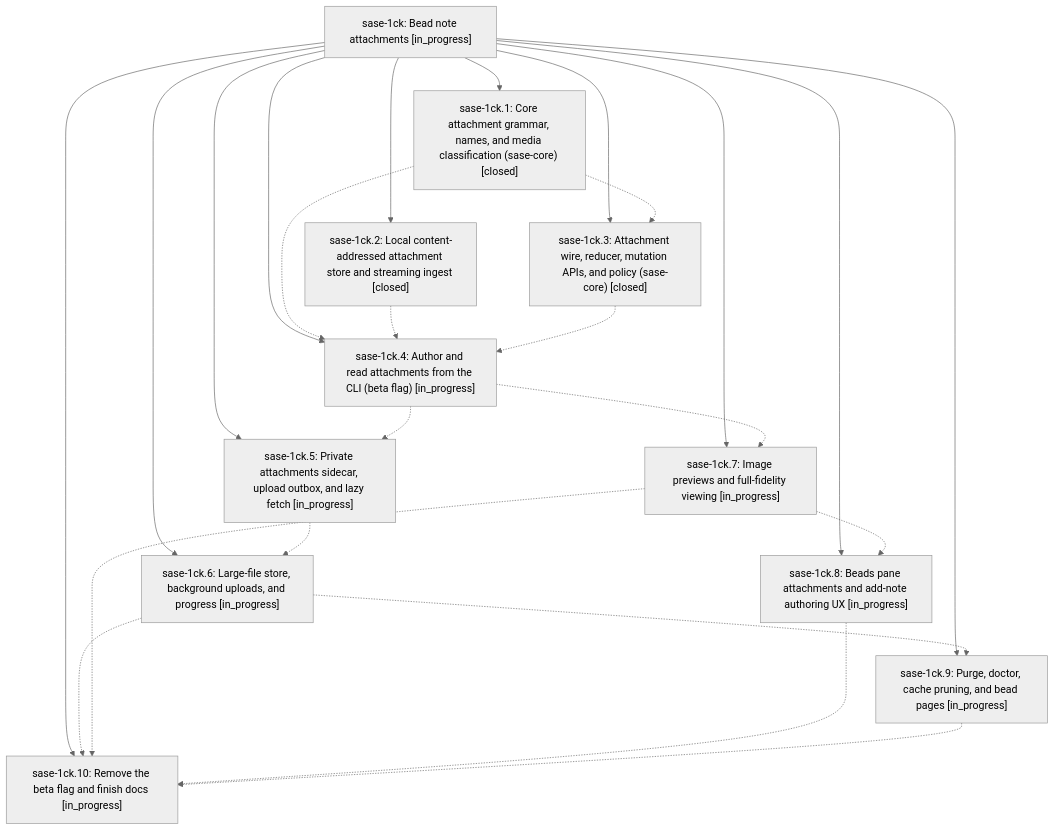
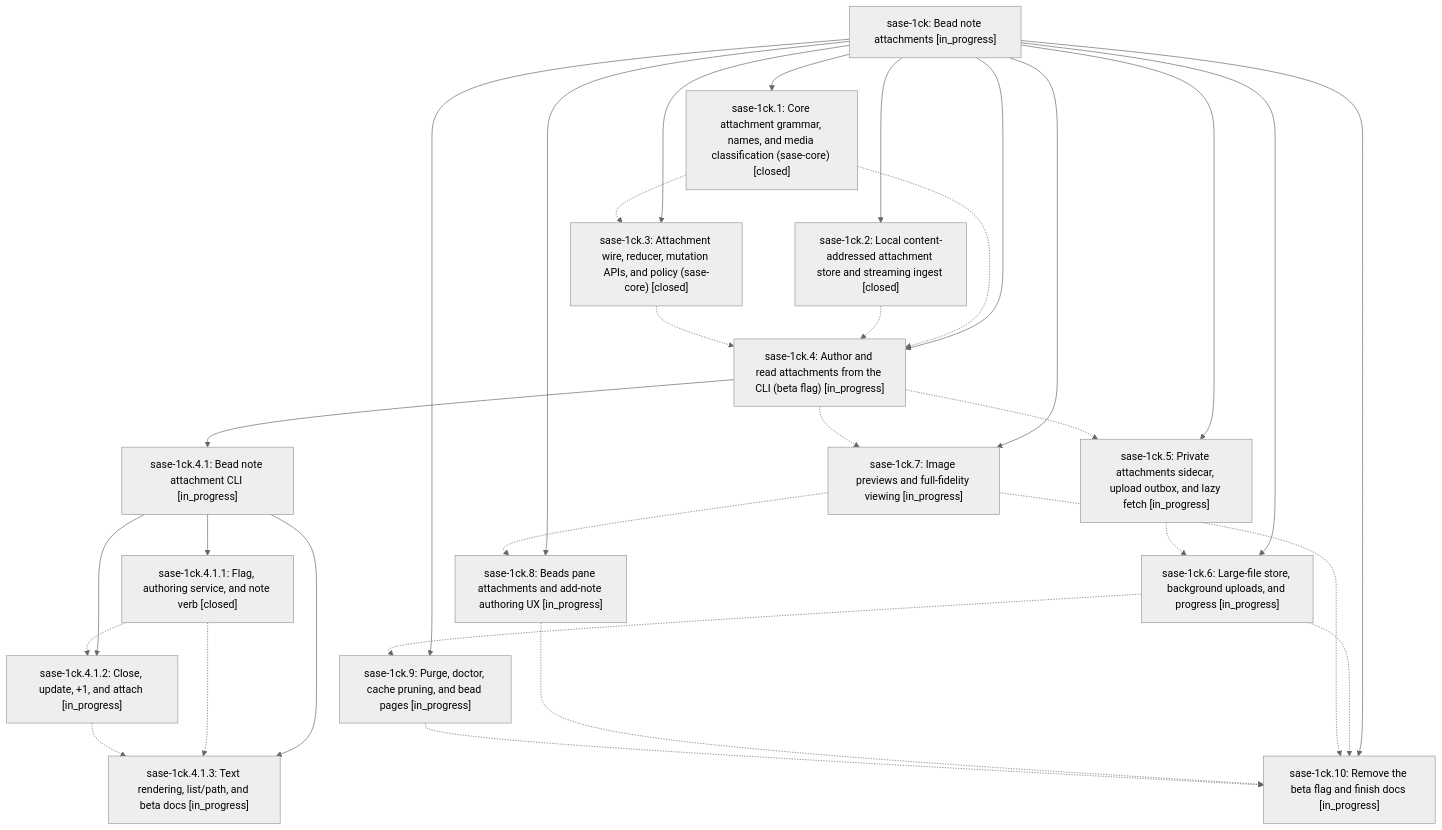
The diagram in pages/sase-1ck/README.md (sase-org/sase--beads), drawn with Mermaid (neutral theme) before and after one commit. The commit also changed other lines of this file and 6 other files, not shown here.

First line of the commit message:
chore(beads): sync bead state and pages for sase-1ck

````diff
--- a/pages/sase-1ck/README.md
+++ b/pages/sase-1ck/README.md
@@ -45,37 +45,48 @@
 ```mermaid
 flowchart TD
     n0["sase-1ck: Bead note attachments [in_progress]"]
     n1["sase-1ck.1: Core attachment grammar, names, and media classification (sase-core) [closed]"]
     n2["sase-1ck.10: Remove the beta flag and finish docs [in_progress]"]
     n3["sase-1ck.2: Local content-addressed attachment store and streaming ingest [closed]"]
     n4["sase-1ck.3: Attachment wire, reducer, mutation APIs, and policy (sase-core) [closed]"]
     n5["sase-1ck.4: Author and read attachments from the CLI (beta flag) [in_progress]"]
-    n6["sase-1ck.5: Private attachments sidecar, upload outbox, and lazy fetch [in_progress]"]
-    n7["sase-1ck.6: Large-file store, background uploads, and progress [in_progress]"]
-    n8["sase-1ck.7: Image previews and full-fidelity viewing [in_progress]"]
-    n9["sase-1ck.8: Beads pane attachments and add-note authoring UX [in_progress]"]
-    n10["sase-1ck.9: Purge, doctor, cache pruning, and bead pages [in_progress]"]
+    n6["sase-1ck.4.1: Bead note attachment CLI [in_progress]"]
+    n7["sase-1ck.4.1.1: Flag, authoring service, and note verb [closed]"]
+    n8["sase-1ck.4.1.2: Close, update, +1, and attach [in_progress]"]
+    n9["sase-1ck.4.1.3: Text rendering, list/path, and beta docs [in_progress]"]
+    n10["sase-1ck.5: Private attachments sidecar, upload outbox, and lazy fetch [in_progress]"]
+    n11["sase-1ck.6: Large-file store, background uploads, and progress [in_progress]"]
+    n12["sase-1ck.7: Image previews and full-fidelity viewing [in_progress]"]
+    n13["sase-1ck.8: Beads pane attachments and add-note authoring UX [in_progress]"]
+    n14["sase-1ck.9: Purge, doctor, cache pruning, and bead pages [in_progress]"]
     n0 --> n1
     n0 --> n2
     n0 --> n3
     n0 --> n4
     n0 --> n5
-    n0 --> n6
-    n0 --> n7
-    n0 --> n8
-    n0 --> n9
+    n5 --> n6
+    n6 --> n7
+    n6 --> n8
+    n6 --> n9
     n0 --> n10
+    n0 --> n11
+    n0 --> n12
+    n0 --> n13
+    n0 --> n14
     n1 -.-> n4
     n1 -.-> n5
     n3 -.-> n5
     n4 -.-> n5
-    n5 -.-> n6
-    n5 -.-> n8
-    n6 -.-> n7
-    n7 -.-> n2
-    n7 -.-> n10
-    n8 -.-> n2
+    n5 -.-> n10
+    n5 -.-> n12
+    n7 -.-> n8
+    n7 -.-> n9
     n8 -.-> n9
-    n9 -.-> n2
-    n10 -.-> n2
+    n10 -.-> n11
+    n11 -.-> n2
+    n11 -.-> n14
+    n12 -.-> n2
+    n12 -.-> n13
+    n13 -.-> n2
+    n14 -.-> n2
 ```
````
